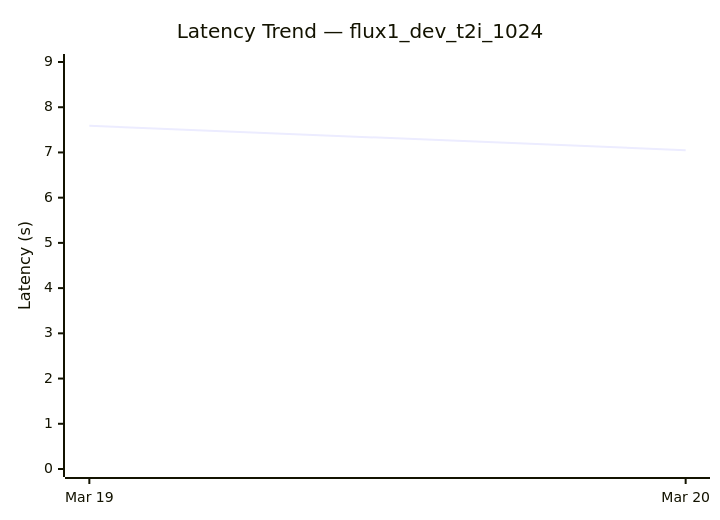
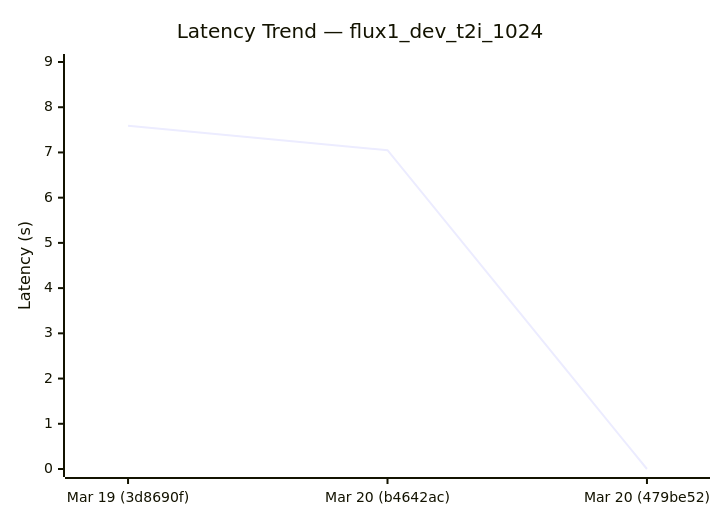
Before and after one commit to sglang-bot/sglang-ci-data: the first of 9 diagrams in diffusion-comparisons/dashboard.md, drawn with Mermaid. The commit also changed other lines of this file and 1 other file, not shown here.

````diff
--- a/diffusion-comparisons/dashboard.md
+++ b/diffusion-comparisons/dashboard.md
@@ -28,7 +29,7 @@
 ```mermaid
 xychart-beta
   title "Latency Trend — flux1_dev_t2i_1024"
-  x-axis ["Mar 19", "Mar 20"]
+  x-axis ["Mar 19 (3d8690f)", "Mar 20 (b4642ac)", "Mar 20 (479be52)"]
   y-axis "Latency (s)" 0 --> 9
-  line [7.59, 7.05]
+  line [7.59, 7.05, 0.00]
 ```
````
